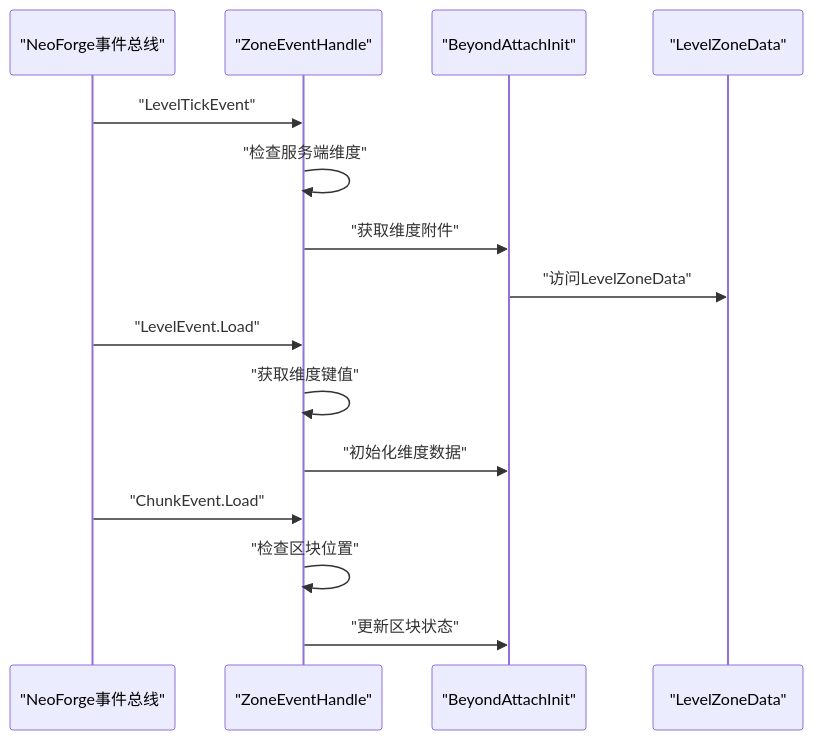
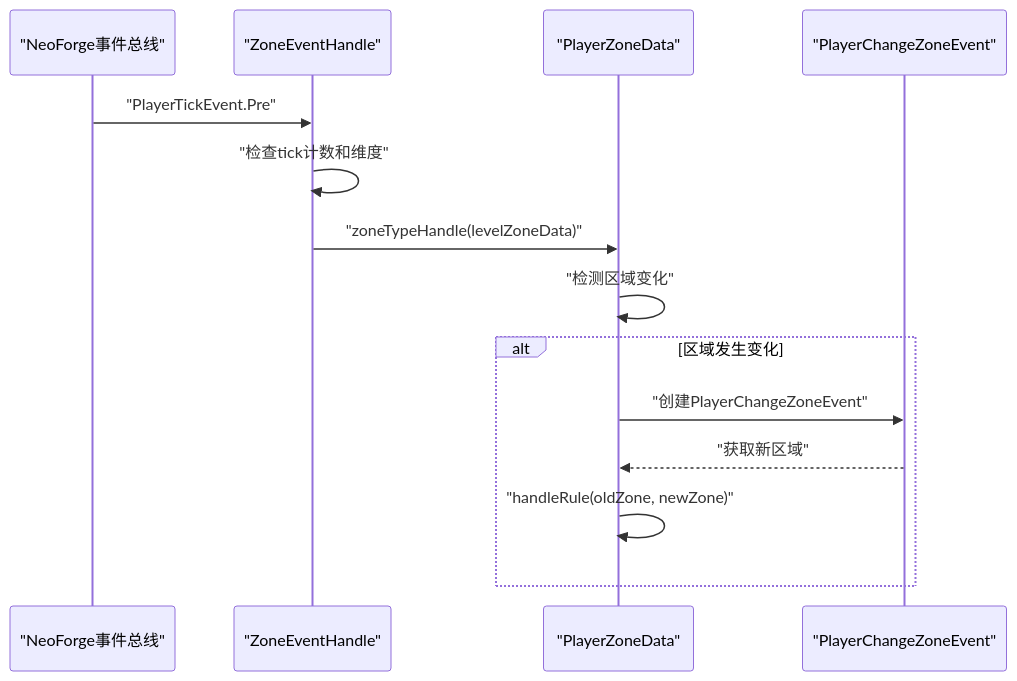
Before and after one commit to Ver-shift/SubModulesGeneHunter: the third of 4 diagrams in .qoder/repowiki/zh/content/模块架构/Beyond安全区模块/事件处理系统.md, drawn with Mermaid. The commit also changed other lines of this file and 16 other files, not shown here.

````diff
--- a/.qoder/repowiki/zh/content/模块架构/Beyond安全区模块/事件处理系统.md
+++ b/.qoder/repowiki/zh/content/模块架构/Beyond安全区模块/事件处理系统.md
@@ -144,17 +182,16 @@
 ```mermaid
 sequenceDiagram
 participant NF as "NeoForge事件总线"
 participant ZEH as "ZoneEventHandle"
-participant BAI as "BeyondAttachInit"
-participant LED as "LevelZoneData"
-NF->>ZEH : "LevelTickEvent"
-ZEH->>ZEH : "检查服务端维度"
-ZEH->>BAI : "获取维度附件"
-BAI->>LED : "访问LevelZoneData"
-NF->>ZEH : "LevelEvent.Load"
-ZEH->>ZEH : "获取维度键值"
-ZEH->>BAI : "初始化维度数据"
-NF->>ZEH : "ChunkEvent.Load"
-ZEH->>ZEH : "检查区块位置"
-ZEH->>BAI : "更新区块状态"
+participant PZD as "PlayerZoneData"
+participant PCZE as "PlayerChangeZoneEvent"
+NF->>ZEH : "PlayerTickEvent.Pre"
+ZEH->>ZEH : "检查tick计数和维度"
+ZEH->>PZD : "zoneTypeHandle(levelZoneData)"
+PZD->>PZD : "检测区域变化"
+alt 区域发生变化
+PZD->>PCZE : "创建PlayerChangeZoneEvent"
+PCZE-->>PZD : "获取新区域"
+PZD->>PZD : "handleRule(oldZone, newZone)"
+end
 ```
````
